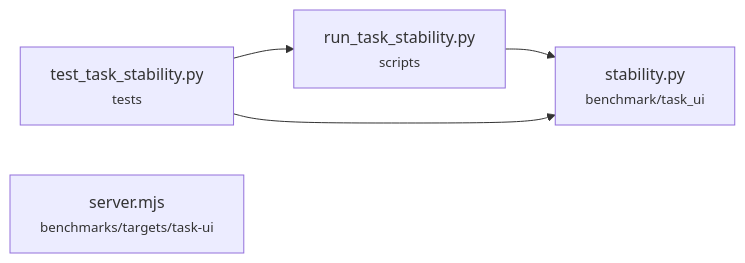
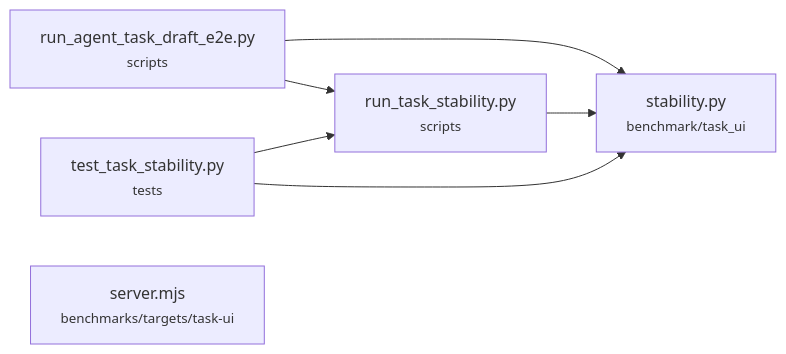
One commit to HenSanInDuty/agent-automation-testing changed the diagram in auto-at-ui/docs/graphs/task-ui-stability.md. Above: the diagram before and after it, drawn with Mermaid. The commit also changed other lines of this file and 68 other files, not shown here.

First line of the commit message:
docs: record ADR-047/048 and close the agent-loop task testing plan

````diff
--- a/auto-at-ui/docs/graphs/task-ui-stability.md
+++ b/auto-at-ui/docs/graphs/task-ui-stability.md
@@ -64,10 +82,13 @@
 ```mermaid
 graph LR
-  n0["run_task_stability.py<br/><small>scripts</small>"]
-  n1["stability.py<br/><small>benchmark/task_ui</small>"]
-  n2["test_task_stability.py<br/><small>tests</small>"]
-  n3["server.mjs<br/><small>benchmarks/targets/task-ui</small>"]
+  n0["run_agent_task_draft_e2e.py<br/><small>scripts</small>"]
+  n1["run_task_stability.py<br/><small>scripts</small>"]
+  n2["stability.py<br/><small>benchmark/task_ui</small>"]
+  n3["test_task_stability.py<br/><small>tests</small>"]
+  n4["server.mjs<br/><small>benchmarks/targets/task-ui</small>"]
   n0 --> n1
-  n2 --> n0
-  n2 --> n1
+  n0 --> n2
+  n1 --> n2
+  n3 --> n1
+  n3 --> n2
 ```
````
